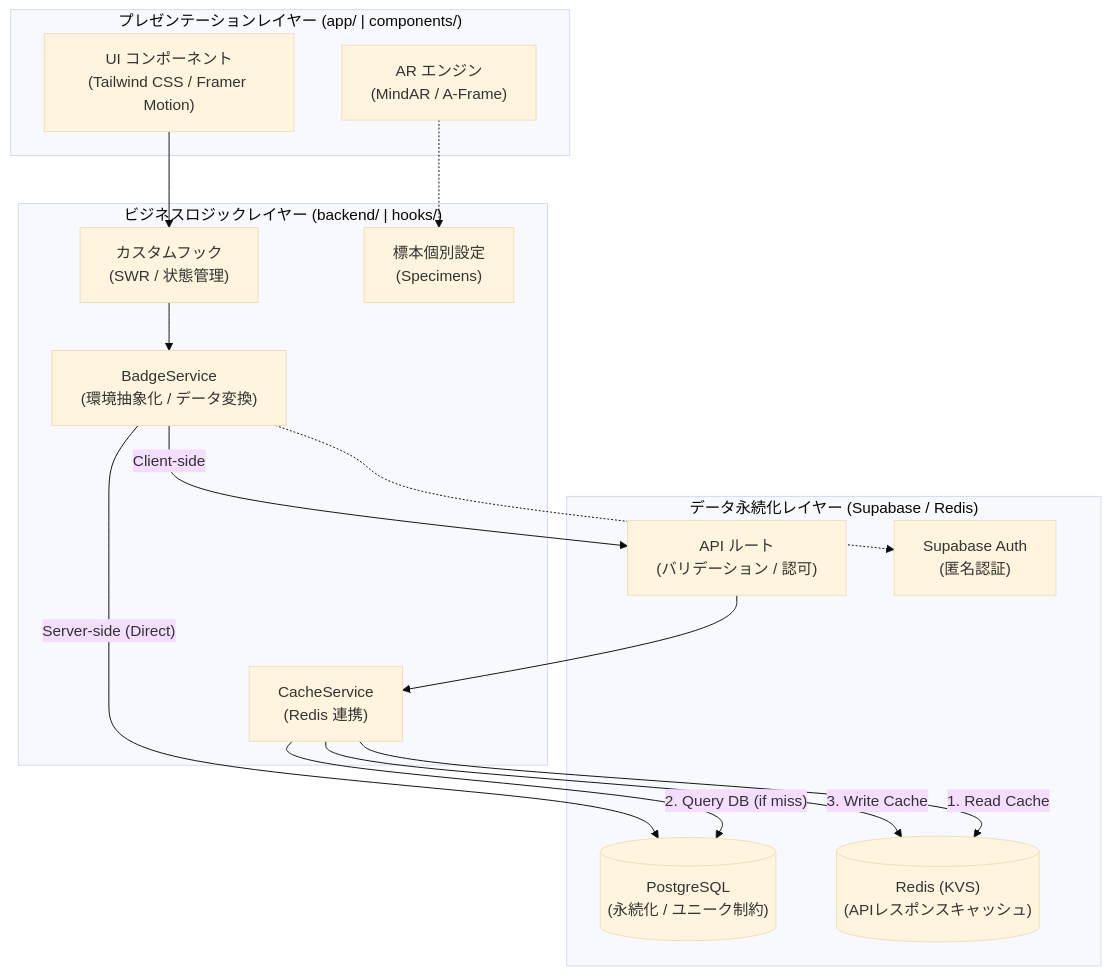
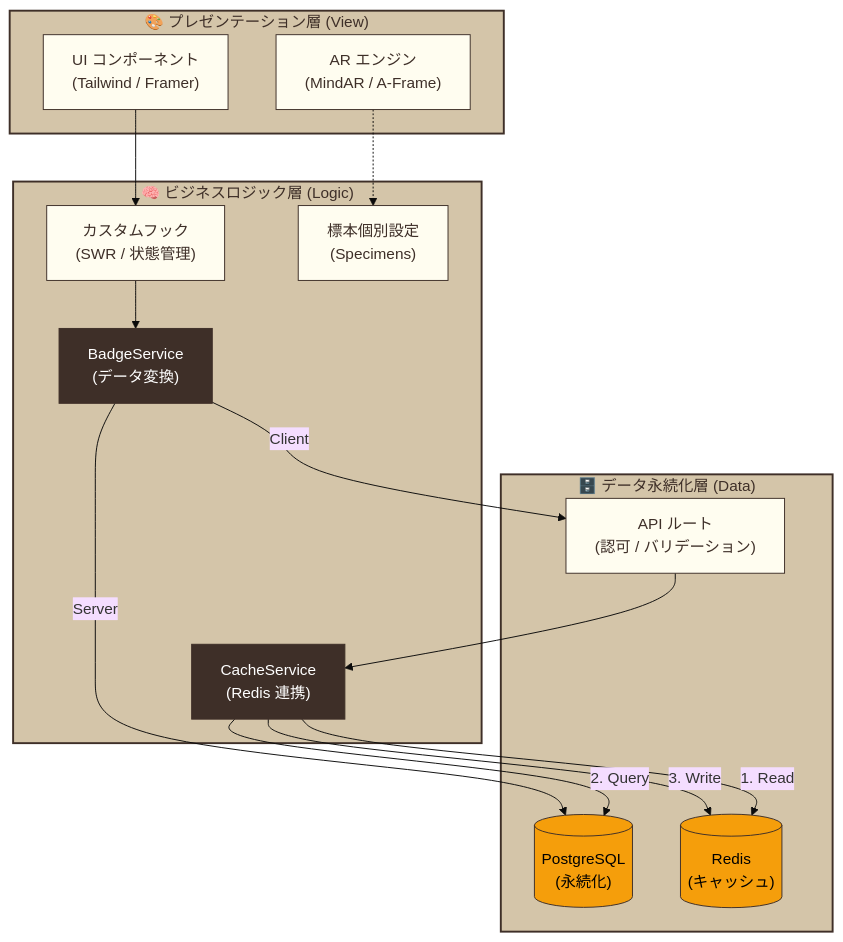
The diagram in docs/ARCHITECTURE.md (yuma25/ATD26), drawn with Mermaid (base theme) before and after one commit. The commit also changed other lines of this file and 42 other files, not shown here.

````diff
--- a/docs/ARCHITECTURE.md
+++ b/docs/ARCHITECTURE.md
@@ -11,34 +13,43 @@
 ```mermaid
 graph TD
     %% レイヤー定義
-    subgraph Presentation ["プレゼンテーションレイヤー (app/ | components/)"]
-        UI["UI コンポーネント<br/>(Tailwind CSS / Framer Motion)"]
+    subgraph Presentation ["🎨 プレゼンテーション層 (View)"]
+        UI["UI コンポーネント<br/>(Tailwind / Framer)"]
         AR["AR エンジン<br/>(MindAR / A-Frame)"]
     end
 
-    subgraph Logic ["ビジネスロジックレイヤー (backend/ | hooks/)"]
+    subgraph Logic ["🧠 ビジネスロジック層 (Logic)"]
         Hooks["カスタムフック<br/>(SWR / 状態管理)"]
-        BS["BadgeService<br/>(環境抽象化 / データ変換)"]
+        BS["BadgeService<br/>(データ変換)"]
         CS["CacheService<br/>(Redis 連携)"]
         Spec["標本個別設定<br/>(Specimens)"]
     end
 
-    subgraph Data ["データ永続化レイヤー (Supabase / Redis)"]
-        API["API ルート<br/>(バリデーション / 認可)"]
-        DB[("PostgreSQL<br/>(永続化 / ユニーク制約)")]
-        Cache[("Redis (KVS)<br/>(APIレスポンスキャッシュ)")]
-        Auth["Supabase Auth<br/>(匿名認証)"]
+    subgraph Data ["🗄️ データ永続化層 (Data)"]
+        API["API ルート<br/>(認可 / バリデーション)"]
+        DB[("PostgreSQL<br/>(永続化)")]
+        Cache[("Redis<br/>(キャッシュ)")]
     end
 
     %% 通信フロー
     UI --> Hooks
     Hooks --> BS
-    BS -- Client-side --> API
+    BS -- Client --> API
     API --> CS
-    CS -- 1. Read Cache --> Cache
-    CS -- 2. Query DB (if miss) --> DB
-    CS -- 3. Write Cache --> Cache
-    BS -- Server-side (Direct) --> DB
-    BS -.-> Auth
+    CS -- 1. Read --> Cache
+    CS -- 2. Query --> DB
+    CS -- 3. Write --> Cache
+    BS -- Server --> DB
     AR -.-> Spec
+
+    %% スタイル定義
+    classDef layer fill:#d4c5a9,stroke:#3e2f28,stroke-width:2px,color:#3e2f28
+    classDef node fill:#fffdf0,stroke:#3e2f28,color:#3e2f28
+    classDef service fill:#3e2f28,stroke:#3e2f28,color:#fff
+    classDef database fill:#f59e0b,stroke:#3e2f28,color:#000
+    
+    class Presentation,Logic,Data layer
+    class UI,AR,Hooks,Spec,API node
+    class BS,CS service
+    class DB,Cache database
 ```
````
